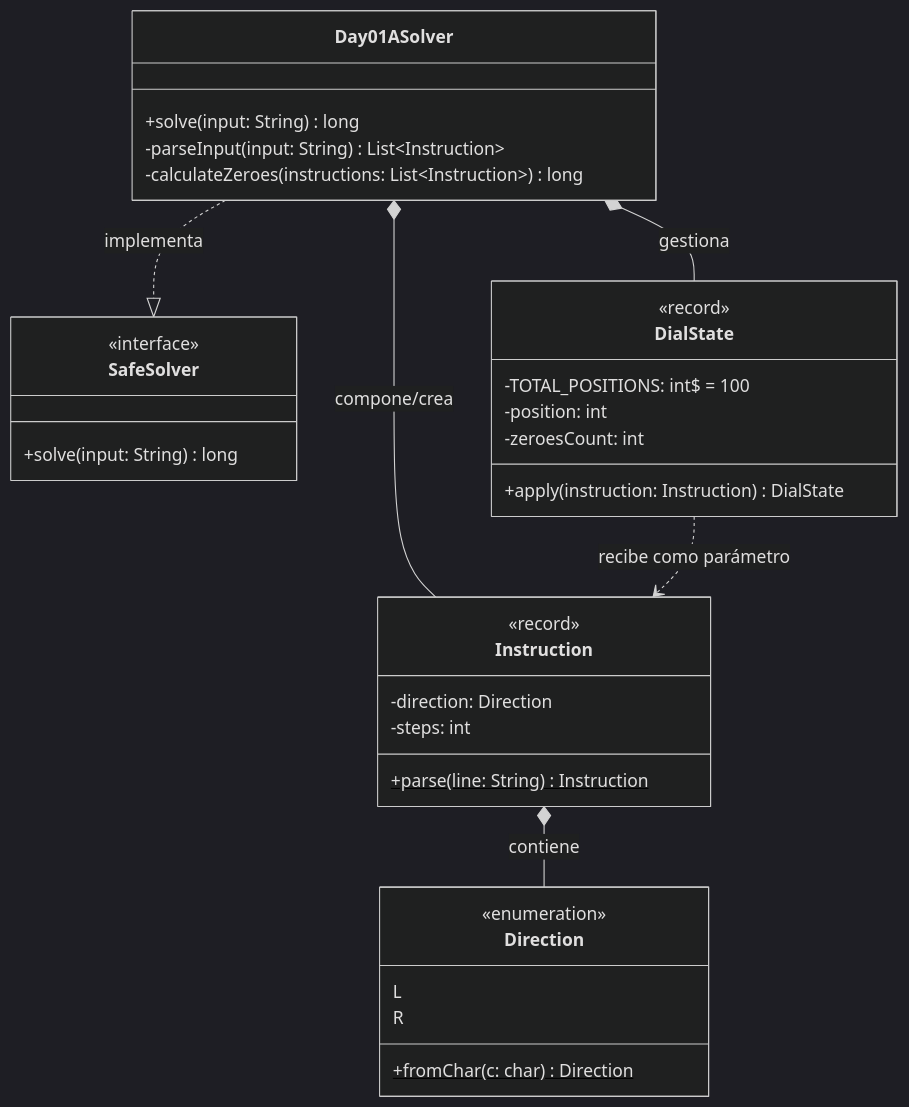
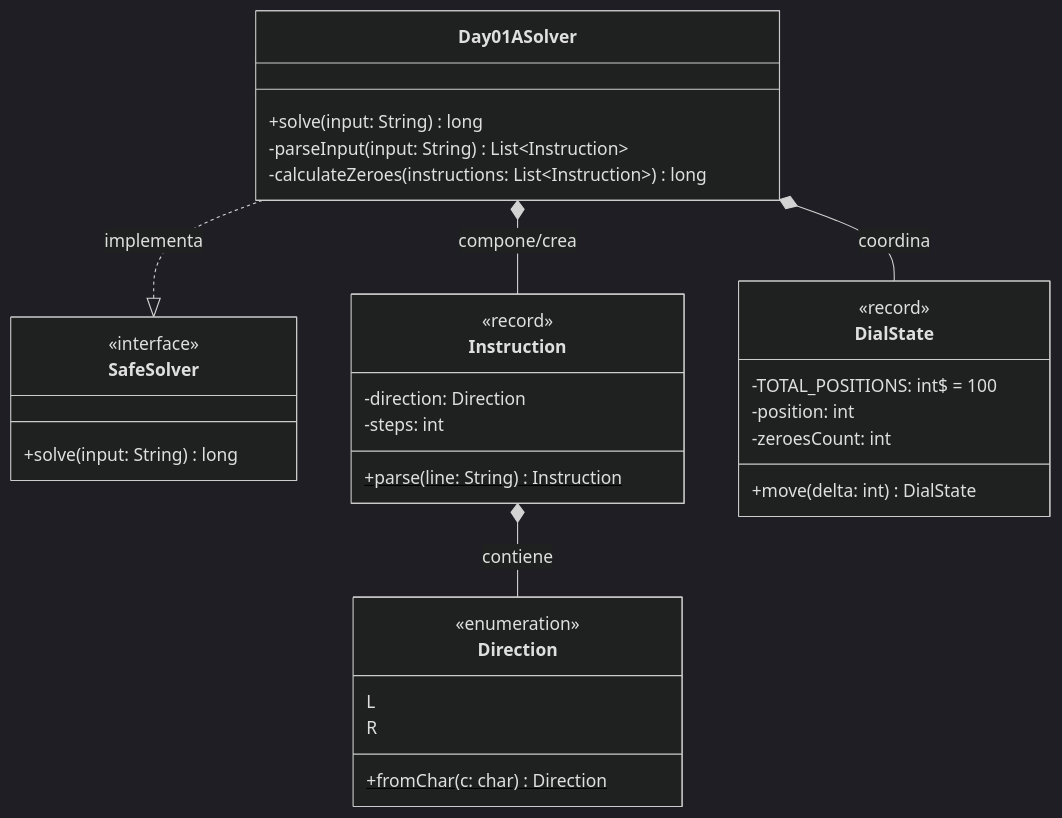
The diagram in src/main/java/software/aoc/day01/README.md (ivanperezdiaz829/AoC2025), drawn with Mermaid (dark theme) before and after one commit. The commit also changed other lines of this file, not shown here.

Commit message:
Day01 readme updated

````diff
--- a/src/main/java/software/aoc/day01/README.md
+++ b/src/main/java/software/aoc/day01/README.md
@@ -33,42 +23,41 @@
 ```mermaid
 classDiagram
     class SafeSolver {
         <<interface>>
         +solve(input: String) long
     }
 
     class Day01ASolver {
         +solve(input: String) long
         -parseInput(input: String) List~Instruction~
         -calculateZeroes(instructions: List~Instruction~) long
     }
 
     class Direction {
         <<enumeration>>
         L
         R
         +fromChar(c: char)$ Direction
     }
 
     class Instruction {
         <<record>>
         -direction: Direction
         -steps: int
         +parse(line: String)$ Instruction
     }
 
     class DialState {
         <<record>>
         -TOTAL_POSITIONS: int$ = 100
         -position: int
         -zeroesCount: int
-        +apply(instruction: Instruction) DialState
+        +move(delta: int) DialState
     }
 
     %% Relaciones
     Day01ASolver ..|> SafeSolver : implementa
     Day01ASolver *-- Instruction : compone/crea
-    Day01ASolver *-- DialState : gestiona
+    Day01ASolver *-- DialState : coordina
     Instruction *-- Direction : contiene
-    DialState ..> Instruction : recibe como parámetro
 ```
````
